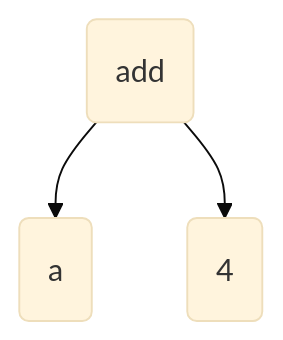
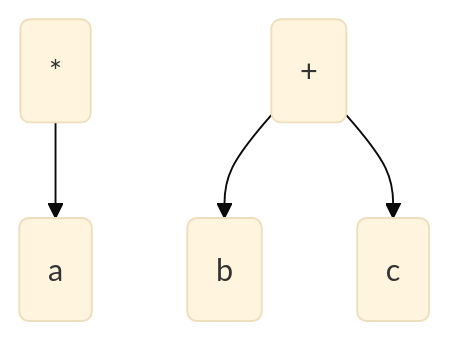
Diagram 18 of 49 in src/essays/number-tree/essay.md (pengvyn/kavpix-code), drawn with Mermaid (base theme) before and after one commit. The commit also changed other lines of this file and 1 other file, not shown here.

````diff
--- a/src/essays/number-tree/essay.md
+++ b/src/essays/number-tree/essay.md
@@ -138,5 +319,6 @@
 ```mermaid
     graph TD;
-        add(add) --> a(a);
-        add --> 4(4);
+        mul(*) --> a(a)
+        add(+) --> b(b)
+        add --> c(c)
 ```
````
